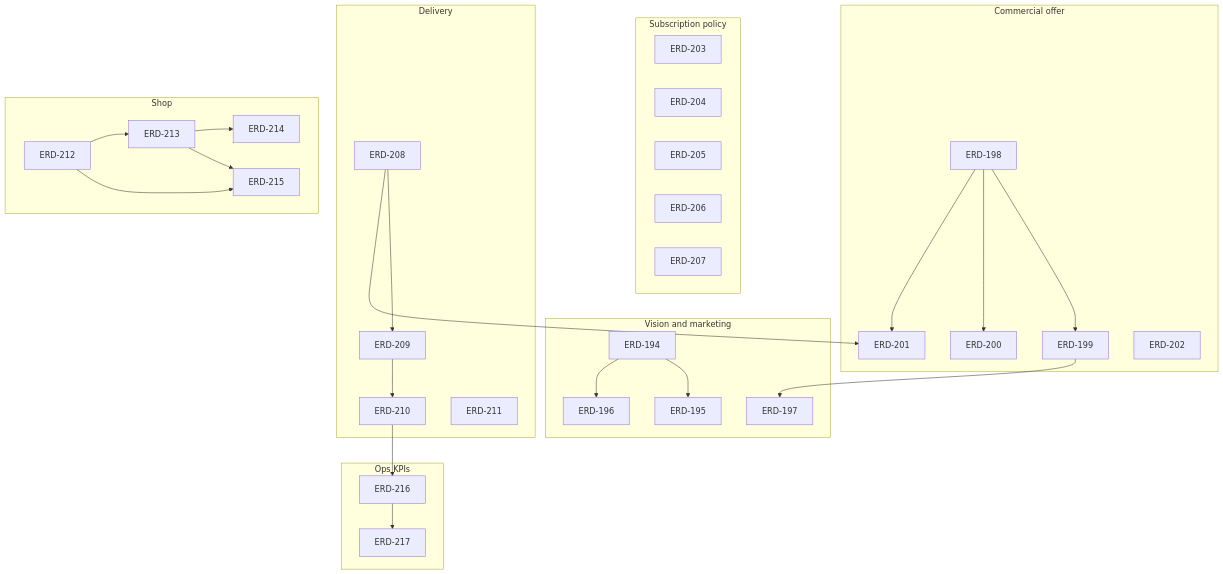
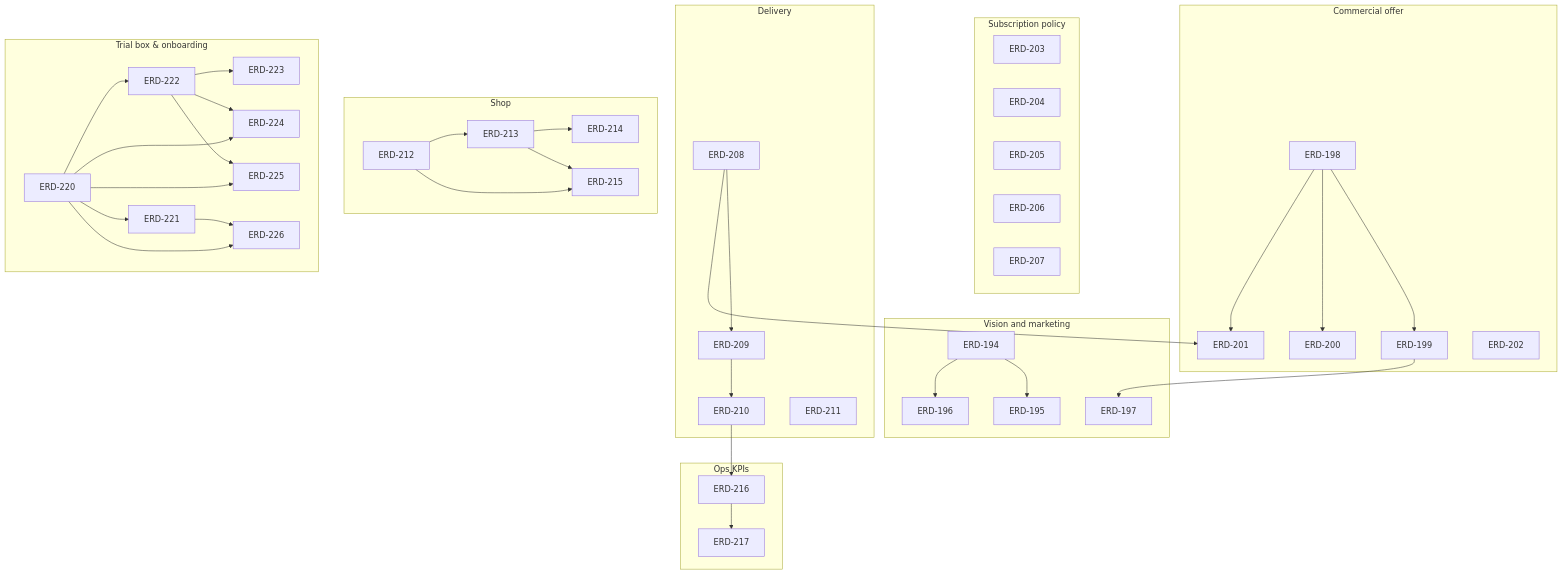
Before and after one commit to fzoepffel/erdgut: the diagram in docs/erdgut-fred-product-backlog.md, drawn with Mermaid. The commit also changed other lines of this file and 87 other files, not shown here.

First line of the commit message:
feat: trial box and unified onboarding (ERD-220–226)

````diff
--- a/docs/erdgut-fred-product-backlog.md
+++ b/docs/erdgut-fred-product-backlog.md
@@ -96,54 +126,72 @@
 ```mermaid
 flowchart TD
   subgraph vision [Vision and marketing]
     E194[ERD-194]
     E195[ERD-195]
     E196[ERD-196]
     E197[ERD-197]
   end
   subgraph offer [Commercial offer]
     E198[ERD-198]
     E199[ERD-199]
     E200[ERD-200]
     E201[ERD-201]
     E202[ERD-202]
   end
   subgraph policy [Subscription policy]
     E203[ERD-203]
     E204[ERD-204]
     E205[ERD-205]
     E206[ERD-206]
     E207[ERD-207]
   end
   subgraph logistics [Delivery]
     E208[ERD-208]
     E209[ERD-209]
     E210[ERD-210]
     E211[ERD-211]
   end
   subgraph shop [Shop]
     E212[ERD-212]
     E213[ERD-213]
     E214[ERD-214]
     E215[ERD-215]
   end
   subgraph ops [Ops KPIs]
     E216[ERD-216]
     E217[ERD-217]
   end
+  subgraph trial [Trial box & onboarding]
+    E220[ERD-220]
+    E221[ERD-221]
+    E222[ERD-222]
+    E223[ERD-223]
+    E224[ERD-224]
+    E225[ERD-225]
+    E226[ERD-226]
+  end
   E194 --> E195
   E194 --> E196
   E198 --> E199
   E198 --> E200
   E198 --> E201
   E199 --> E197
   E208 --> E209
   E208 --> E201
   E209 --> E210
   E210 --> E216
   E216 --> E217
   E212 --> E213
   E213 --> E214
   E212 --> E215
   E213 --> E215
+  E220 --> E221
+  E220 --> E222
+  E222 --> E223
+  E220 --> E224
+  E222 --> E224
+  E220 --> E225
+  E222 --> E225
+  E220 --> E226
+  E221 --> E226
 ```
````
